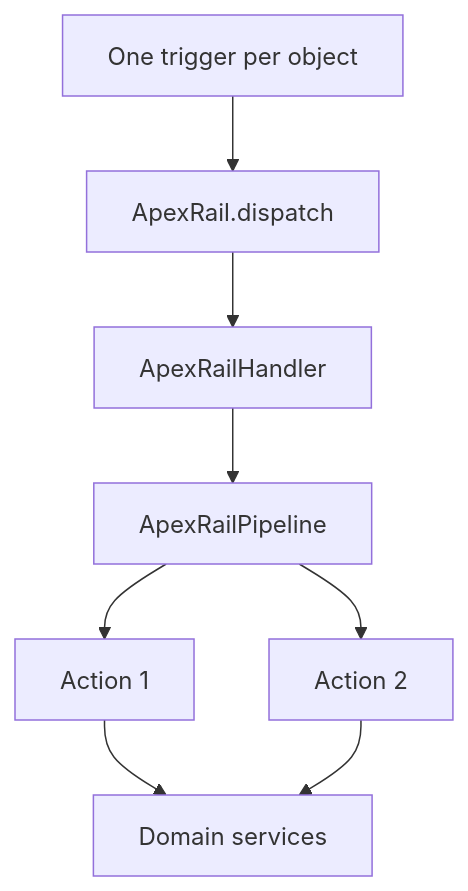
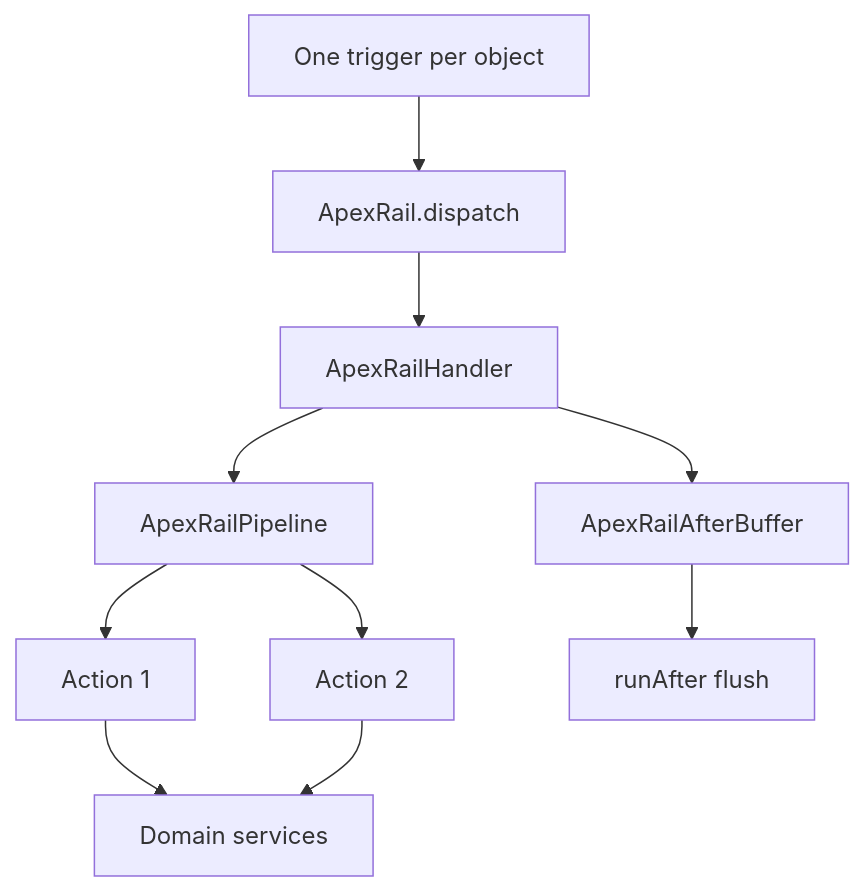
The diagram in docs/architecture.md (thegeenana/apexrail-trigger-framework), drawn with Mermaid before and after one commit. The commit also changed other lines of this file and 17 other files, not shown here.

Commit message:
feat: add collect flush and runAfter lifecycle

````diff
--- a/docs/architecture.md
+++ b/docs/architecture.md
@@ -9,10 +9,12 @@
 ```mermaid
 flowchart TD
     T["One trigger per object"] --> R["ApexRail.dispatch"]
     R --> H["ApexRailHandler"]
     H --> P["ApexRailPipeline"]
     P --> A1["Action 1"]
     P --> A2["Action 2"]
     A1 --> D["Domain services"]
     A2 --> D
+    H --> B["ApexRailAfterBuffer"]
+    B --> F["runAfter flush"]
 ```
````
